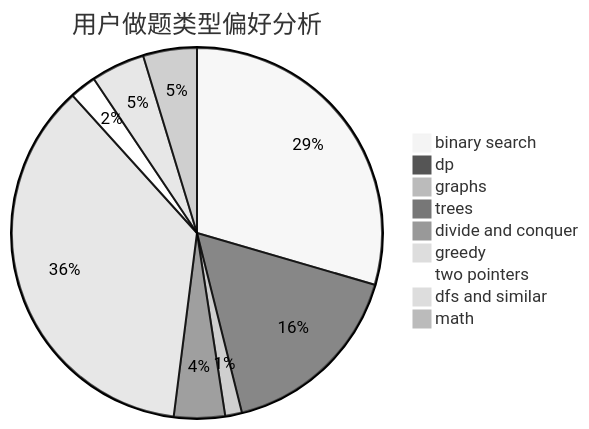
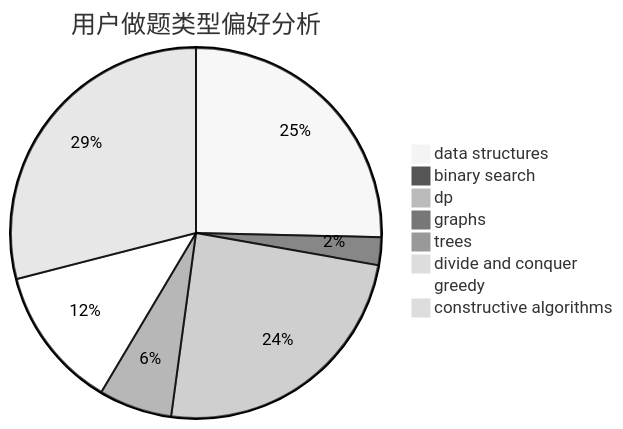
Before and after one commit to sherpahu/cfrs.github.io: the second of 3 diagrams in docs/user/u2463.md, drawn with Mermaid (neutral theme). The commit also changed other lines of this file and 2775 other files, not shown here.

````diff
--- a/docs/user/u2463.md
+++ b/docs/user/u2463.md
@@ -23,12 +23,11 @@
 ```mermaid
 pie title 用户做题类型偏好分析
-    "binary search" :  484
-    "dp" :  272
-    "graphs" :  24
-    "trees" :  73
-    "divide and conquer" :  13
-    "greedy" :  595
-    "two pointers" :  38
-    "dfs and similar" :  77
-    "math" :  77
+    "data structures" :  230
+    "binary search" :  22
+    "dp" :  221
+    "graphs" :  3
+    "trees" :  58
+    "divide and conquer" :  8
+    "greedy" :  113
+    "constructive algorithms" :  263
 ```
````
